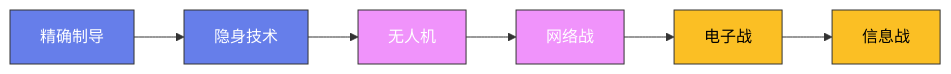
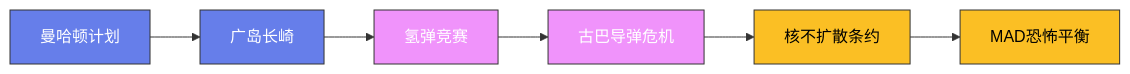
One commit to Fengur/Fengur.github.io changed the diagram in content/posts/ModelCreate/军事史/13-核武器与冷战.md. Above: the diagram before and after it, drawn with Mermaid. The commit also changed 28 other files, not shown here.

````diff
--- a/content/posts/ModelCreate/军事史/13-核武器与冷战.md
+++ b/content/posts/ModelCreate/军事史/13-核武器与冷战.md
@@ -35,16 +35,16 @@
 ```mermaid
 graph LR
-    A["精确制导"] --> B["隐身技术"]
-    B --> C["无人机"]
-    C --> D["网络战"]
-    D --> E["电子战"]
-    E --> F["信息战"]
+    A["曼哈顿计划"] --> B["广岛长崎"]
+    B --> C["氢弹竞赛"]
+    C --> D["古巴导弹危机"]
+    D --> E["核不扩散条约"]
+    E --> F["MAD恐怖平衡"]
 
     classDef early fill:#667eea,stroke:#333,color:white
     classDef mid fill:#f093fb,stroke:#333,color:white
     classDef modern fill:#fbbf24,stroke:#333,color:black
 
     class A,B early
     class C,D mid
     class E,F modern
 ```
````
